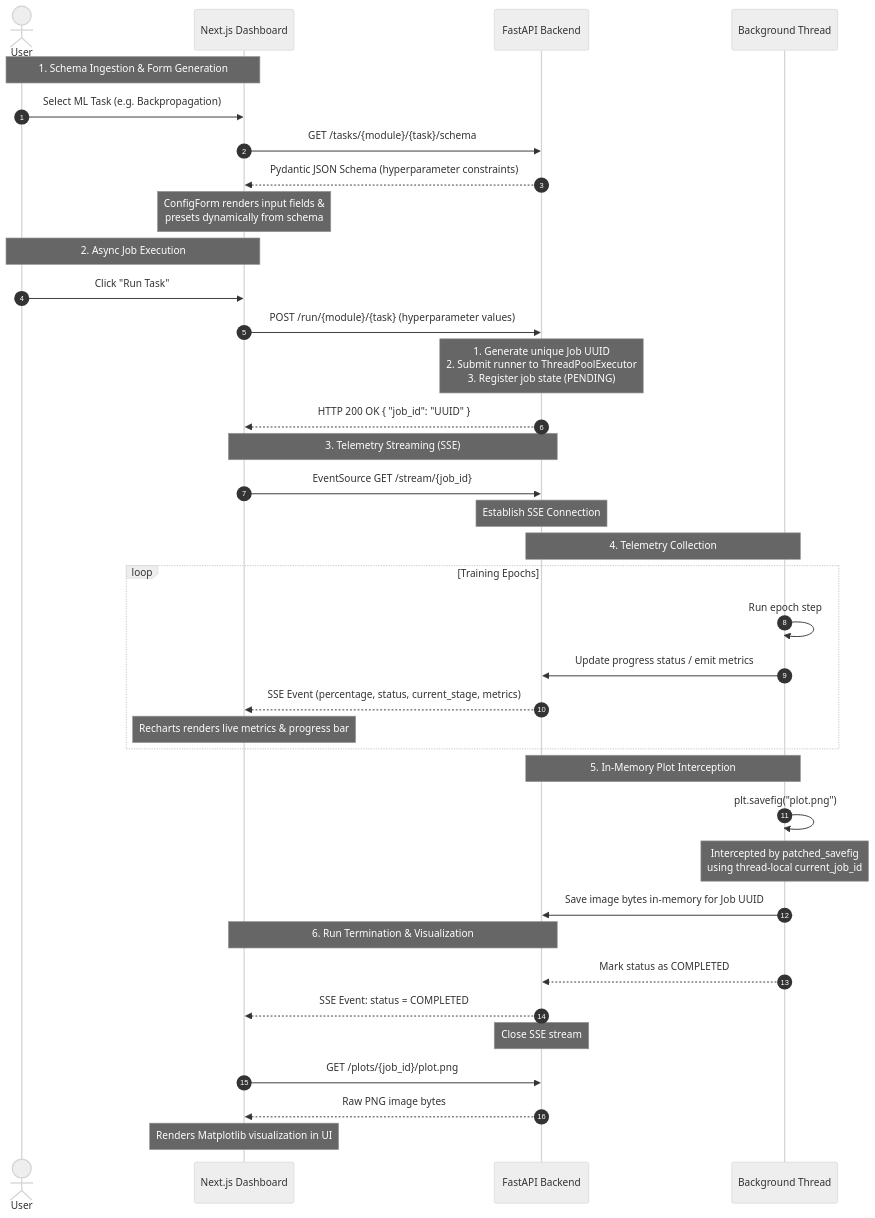
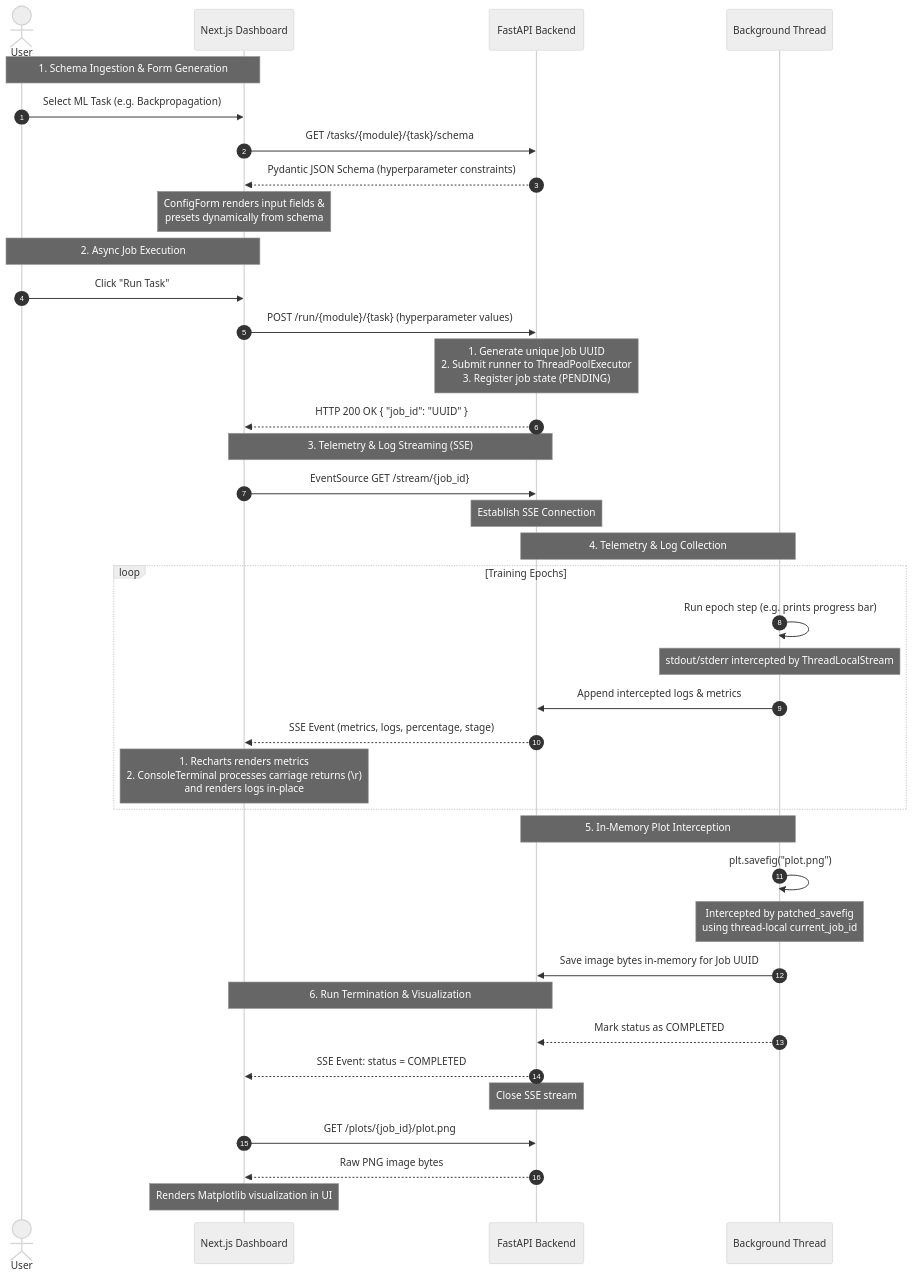
One commit to huangsam/ai-ml-workshop changed the diagram in docs/dashboard.md. Above: the diagram before and after it, drawn with Mermaid (neutral theme). The commit also changed other lines of this file, not shown here.

Commit message:
Add info to dashboard.md about live code

````diff
--- a/docs/dashboard.md
+++ b/docs/dashboard.md
@@ -11,45 +11,46 @@
 ```mermaid
 sequenceDiagram
     autonumber
     actor User
     participant FE as Next.js Dashboard
     participant BE as FastAPI Backend
     participant Worker as Background Thread
 
     Note over User, FE: 1. Schema Ingestion & Form Generation
     User->>FE: Select ML Task (e.g. Backpropagation)
     FE->>BE: GET /tasks/{module}/{task}/schema
     BE-->>FE: Pydantic JSON Schema (hyperparameter constraints)
     Note over FE: ConfigForm renders input fields &<br/>presets dynamically from schema
 
     Note over User, FE: 2. Async Job Execution
     User->>FE: Click "Run Task"
     FE->>BE: POST /run/{module}/{task} (hyperparameter values)
     Note over BE: 1. Generate unique Job UUID<br/>2. Submit runner to ThreadPoolExecutor<br/>3. Register job state (PENDING)
     BE-->>FE: HTTP 200 OK { "job_id": "UUID" }
 
-    Note over FE, BE: 3. Telemetry Streaming (SSE)
+    Note over FE, BE: 3. Telemetry & Log Streaming (SSE)
     FE->>BE: EventSource GET /stream/{job_id}
     Note over BE: Establish SSE Connection
 
-    Note over BE, Worker: 4. Telemetry Collection
+    Note over BE, Worker: 4. Telemetry & Log Collection
     loop Training Epochs
-        Worker->>Worker: Run epoch step
-        Worker->>BE: Update progress status / emit metrics
-        BE-->>FE: SSE Event (percentage, status, current_stage, metrics)
-        Note over FE: Recharts renders live metrics & progress bar
+        Worker->>Worker: Run epoch step (e.g. prints progress bar)
+        Note over Worker: stdout/stderr intercepted by ThreadLocalStream
+        Worker->>BE: Append intercepted logs & metrics
+        BE-->>FE: SSE Event (metrics, logs, percentage, stage)
+        Note over FE: 1. Recharts renders metrics<br/>2. ConsoleTerminal processes carriage returns (\r)<br/>and renders logs in-place
     end
 
     Note over Worker, BE: 5. In-Memory Plot Interception
     Worker->>Worker: plt.savefig("plot.png")
     Note over Worker: Intercepted by patched_savefig<br/>using thread-local current_job_id
     Worker->>BE: Save image bytes in-memory for Job UUID
 
     Note over BE, FE: 6. Run Termination & Visualization
     Worker-->>BE: Mark status as COMPLETED
     BE-->>FE: SSE Event: status = COMPLETED
     Note over BE: Close SSE stream
     FE->>BE: GET /plots/{job_id}/plot.png
     BE-->>FE: Raw PNG image bytes
     Note over FE: Renders Matplotlib visualization in UI
 ```
````
